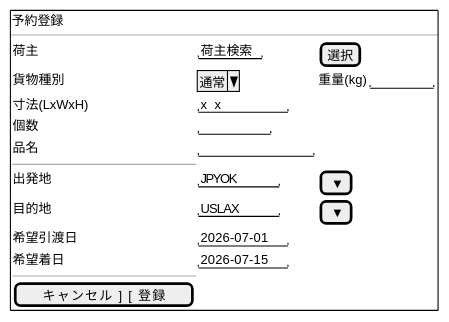
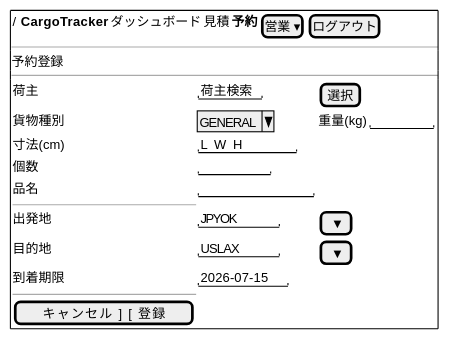
The fifth of 7 diagrams in docs/development/iteration_plan-2.md (k2works/case-study-cargo-tracker), drawn with PlantUML before and after one commit. The commit also changed other lines of this file, not shown here.

````diff
--- a/docs/development/iteration_plan-2.md
+++ b/docs/development/iteration_plan-2.md
@@ -487,23 +591,24 @@
 ```plantuml
 @startsalt
 {+
+  { / <b>CargoTracker</b> | ダッシュボード | 見積 | <b>予約</b> | [営業 ▾] | [ログアウト] }
+  ---------------------
   予約登録
   ---------------------
   {
     荷主         | "荷主検索   "  | [ 選択 ]
-    貨物種別     | ^通常^         |
+    貨物種別     | ^GENERAL^         |
     重量(kg)     | "       "
-    寸法(LxWxH)  | "   x  x   "
+    寸法(cm)     | "   L  W  H "
     個数         | "        "
     品名         | "             "
     ---------------------
     出発地       | "JPYOK    "  | [ ▼ ]
     目的地       | "USLAX    "  | [ ▼ ]
-    希望引渡日   | "2026-07-01"
-    希望着日     | "2026-07-15"
+    到着期限     | "2026-07-15"
     ---------------------
     [ キャンセル ]   [   登録   ]
   }
 }
 @endsalt
 ```
````
